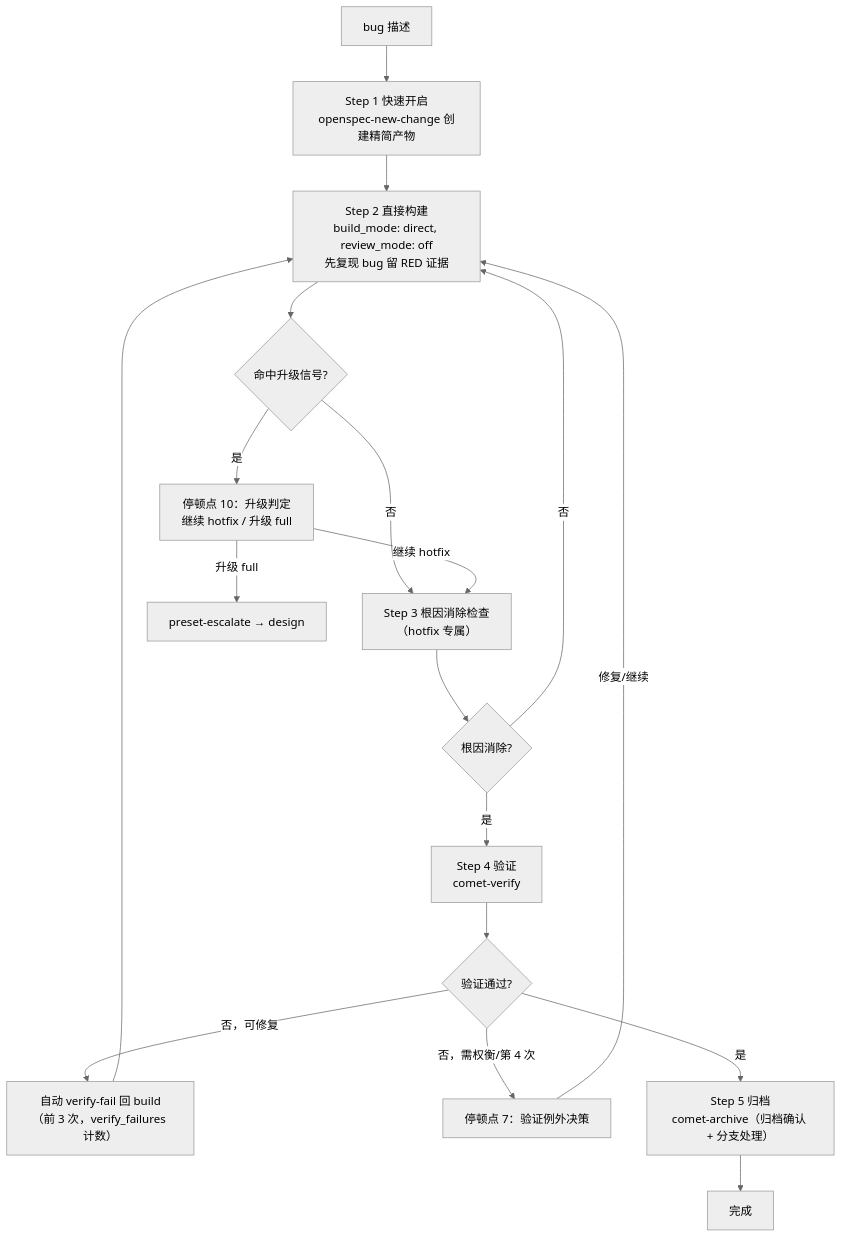
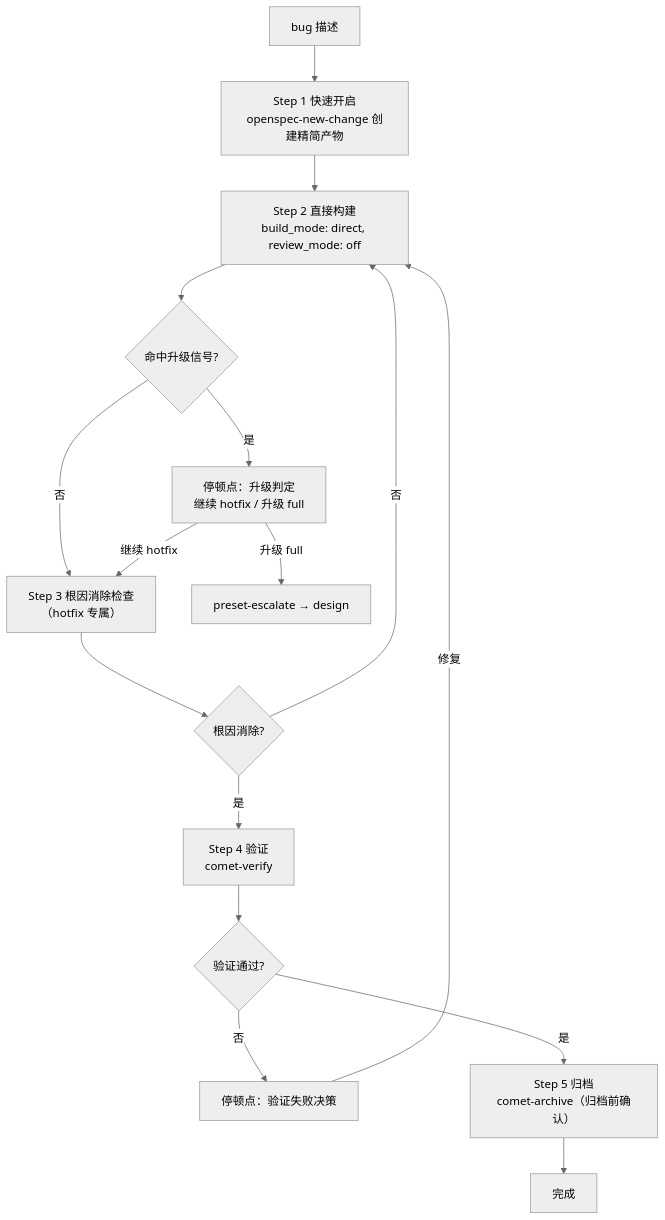
Before and after one commit to rpamis/comet-website-docs: the diagram in zh/presets/hotfix.mdx, drawn with Mermaid (neutral theme). The commit also changed other lines of this file and 114 other files, not shown here.

````diff
--- a/zh/presets/hotfix.mdx
+++ b/zh/presets/hotfix.mdx
@@ -61,20 +68,18 @@
 ```mermaid
 flowchart TD
     Start["bug 描述"] --> S1["Step 1 快速开启<br/>openspec-new-change 创建精简产物"]
-    S1 --> S2["Step 2 直接构建<br/>build_mode: direct, review_mode: off<br/>先复现 bug 留 RED 证据"]
+    S1 --> S2["Step 2 直接构建<br/>build_mode: direct, review_mode: off"]
     S2 --> Esc{"命中升级信号?"}
-    Esc -->|是| EscStop["停顿点 10：升级判定<br/>继续 hotfix / 升级 full"]
+    Esc -->|是| EscStop["停顿点：升级判定<br/>继续 hotfix / 升级 full"]
     Esc -->|否| S3["Step 3 根因消除检查<br/>（hotfix 专属）"]
     EscStop -->|继续 hotfix| S3
     EscStop -->|升级 full| EscUp["preset-escalate → design"]
     S3 --> Root{"根因消除?"}
     Root -->|否| S2
     Root -->|是| S4["Step 4 验证<br/>comet-verify"]
     S4 --> Vf{"验证通过?"}
-    Vf -->|否，可修复| Auto["自动 verify-fail 回 build<br/>（前 3 次，verify_failures 计数）"]
-    Vf -->|否，需权衡/第 4 次| VfStop["停顿点 7：验证例外决策"]
-    Auto --> S2
-    VfStop -->|修复/继续| S2
-    Vf -->|是| S5["Step 5 归档<br/>comet-archive（归档确认 + 分支处理）"]
+    Vf -->|否| VfStop["停顿点：验证失败决策"]
+    VfStop -->|修复| S2
+    Vf -->|是| S5["Step 5 归档<br/>comet-archive（归档前确认）"]
     S5 --> Done["完成"]
 ```
````
